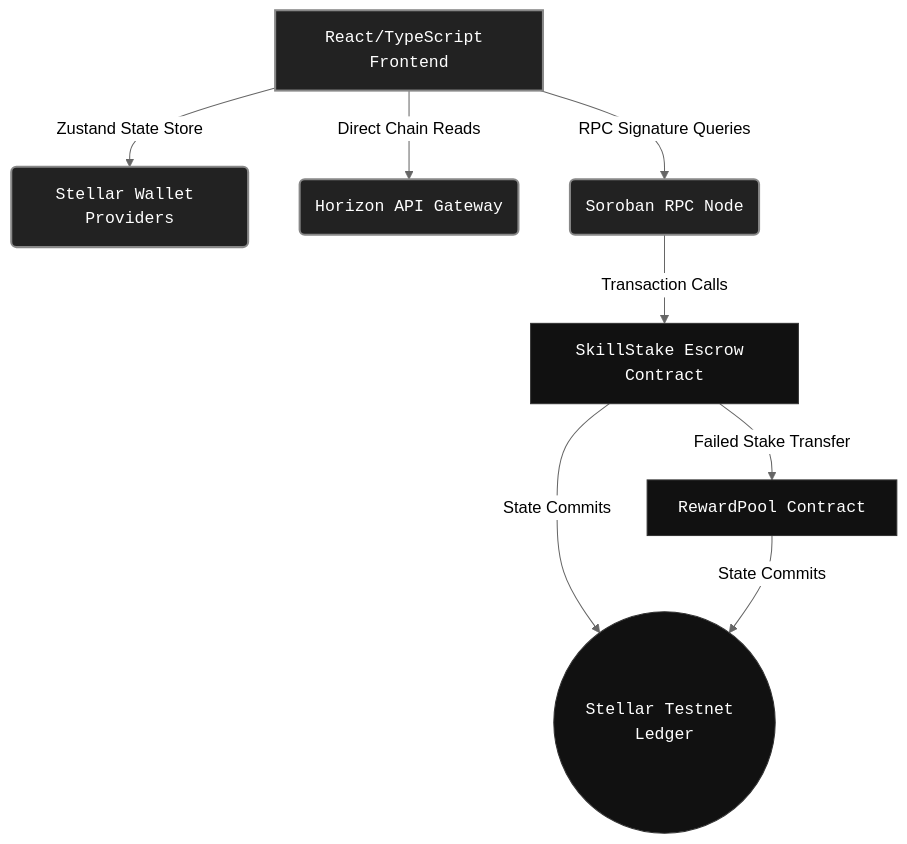
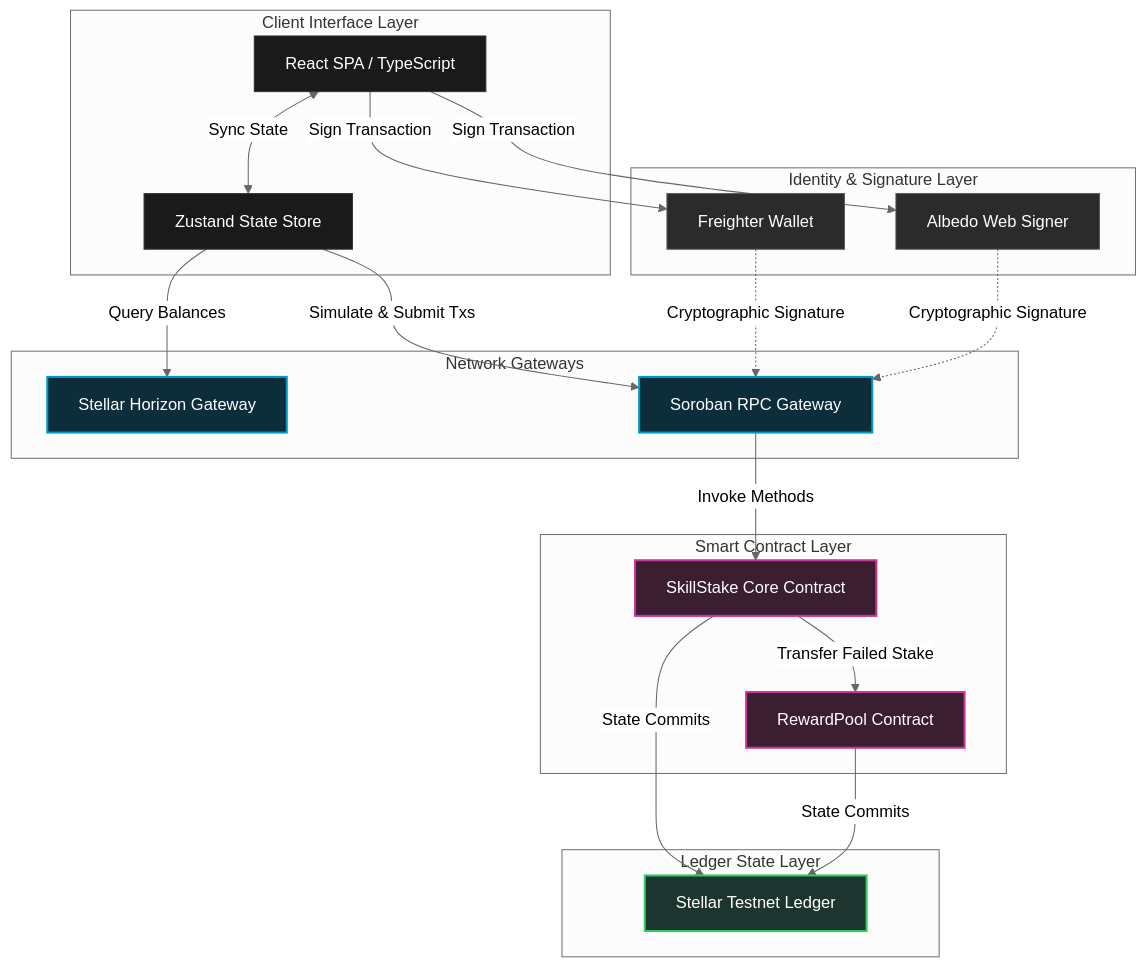
One commit to Aryaaa-21/SkillStake changed the first of 3 diagrams in README.md. Above: the diagram before and after it, drawn with Mermaid (neutral theme). The commit also changed other lines of this file, not shown here.

Commit message:
docs: generate comprehensive Stellar Level 1-5 README for SkillStake

````diff
--- a/README.md
+++ b/README.md
@@ -75,17 +139,50 @@
 ```mermaid
-graph TD
-    classDef default fill:#111,stroke:#333,stroke-width:1px,color:#fff,font-family:monospace;
-    classDef highlight fill:#222,stroke:#888,stroke-width:2px,color:#fff,font-family:monospace;
+flowchart TB
+    %% Styling
+    classDef frontend fill:#1a1a1a,stroke:#333,stroke-width:1px,color:#fff;
+    classDef wallet fill:#2b2b2b,stroke:#555,stroke-width:1px,color:#fff;
+    classDef rpc fill:#0d2d3a,stroke:#0099cc,stroke-width:2px,color:#fff;
+    classDef contract fill:#3b1e30,stroke:#cc3399,stroke-width:2px,color:#fff;
+    classDef ledger fill:#1e352f,stroke:#33cc66,stroke-width:2px,color:#fff;
+
+    subgraph Client ["Client Interface Layer"]
+        App["React SPA / TypeScript"]:::frontend
+        Zustand["Zustand State Store"]:::frontend
+    end
+
+    subgraph Wallets ["Identity & Signature Layer"]
+        Freighter["Freighter Wallet"]:::wallet
+        Albedo["Albedo Web Signer"]:::wallet
+    end
+
+    subgraph Middleware ["Network Gateways"]
+        Horizon["Stellar Horizon Gateway"]:::rpc
+        SorobanRPC["Soroban RPC Gateway"]:::rpc
+    end
+
+    subgraph OnChain ["Smart Contract Layer"]
+        SkillContract["SkillStake Core Contract"]:::contract
+        RewardContract["RewardPool Contract"]:::contract
+    end
+
+    subgraph Ledger ["Ledger State Layer"]
+        StellarTestnet["Stellar Testnet Ledger"]:::ledger
+    end
+
+    %% Connections
+    App <-->|Sync State| Zustand
+    App -->|Sign Transaction| Freighter
+    App -->|Sign Transaction| Albedo
     
-    A[React/TypeScript Frontend] -->|Zustand State Store| B(Stellar Wallet Providers)
-    A -->|Direct Chain Reads| C(Horizon API Gateway)
-    A -->|RPC Signature Queries| D(Soroban RPC Node)
+    Zustand -->|Query Balances| Horizon
+    Zustand -->|Simulate & Submit Txs| SorobanRPC
     
-    D -->|Transaction Calls| E[SkillStake Escrow Contract]
-    E -->|Failed Stake Transfer| F[RewardPool Contract]
-    
-    E -->|State Commits| G((Stellar Testnet Ledger))
-    F -->|State Commits| G
-    
-    class A,B,C,D highlight;
+    Freighter -.->|Cryptographic Signature| SorobanRPC
+    Albedo -.->|Cryptographic Signature| SorobanRPC
+
+    SorobanRPC -->|Invoke Methods| SkillContract
+    SkillContract -->|Transfer Failed Stake| RewardContract
+
+    SkillContract -->|State Commits| StellarTestnet
+    RewardContract -->|State Commits| StellarTestnet
 ```
````
